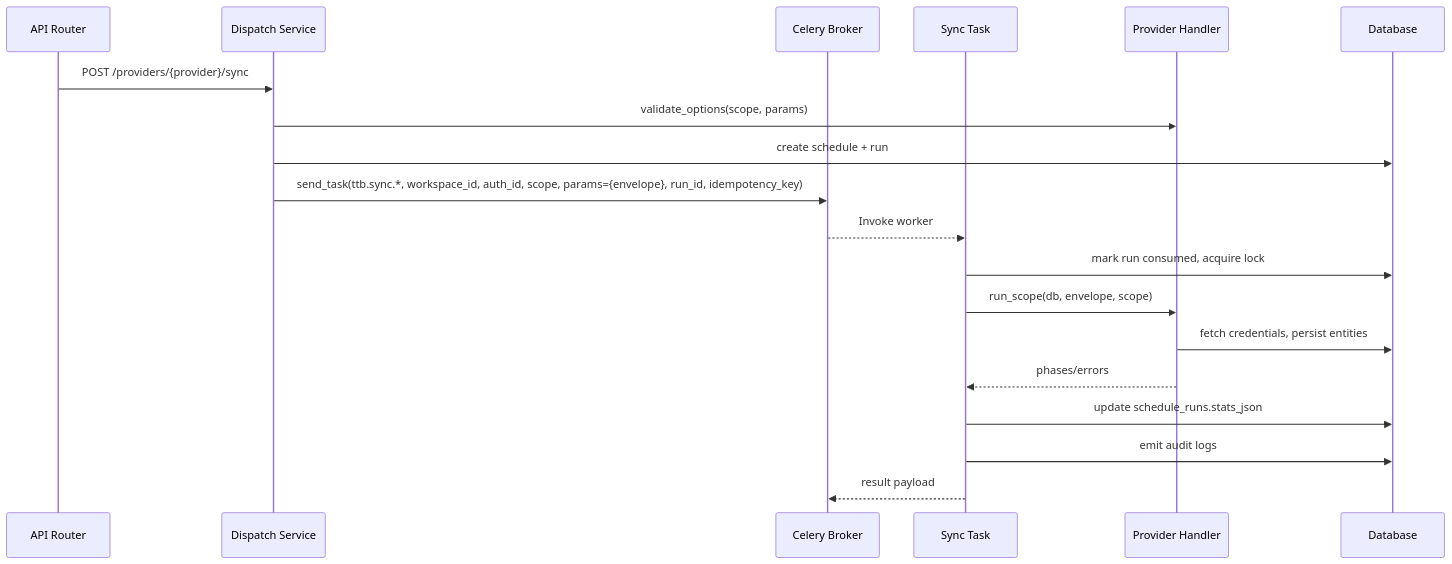
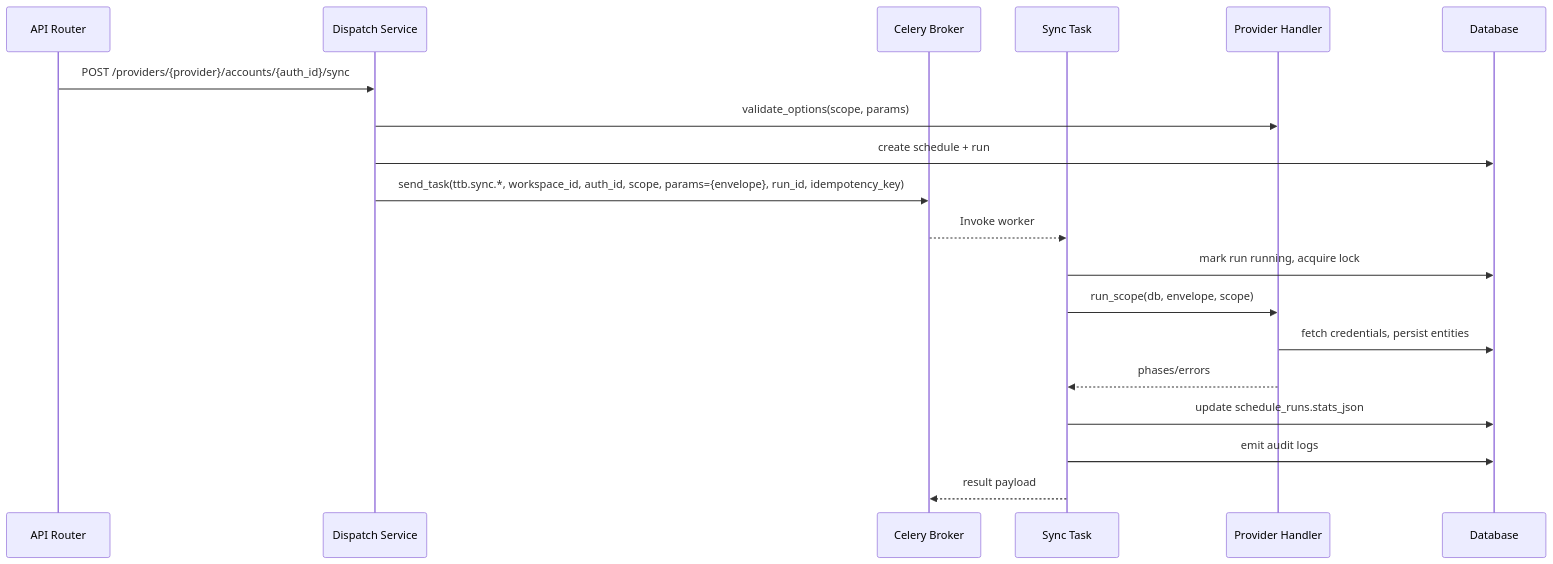
One commit to ckr2436/Tiktok-OPS changed the diagram in docs/internal/provider_registry_and_envelope_v1.md. Above: the diagram before and after it, drawn with Mermaid. The commit also changed other lines of this file and 19 other files, not shown here.

Commit message:
Ensure tenant sync runs scope to auth binding

````diff
--- a/docs/internal/provider_registry_and_envelope_v1.md
+++ b/docs/internal/provider_registry_and_envelope_v1.md
@@ -59,22 +59,22 @@
 ```mermaid
 sequenceDiagram
     participant API as API Router
     participant Dispatch as Dispatch Service
     participant Celery as Celery Broker
     participant Task as Sync Task
     participant Provider as Provider Handler
     participant DB as Database
 
-    API->>Dispatch: POST /providers/{provider}/sync
+    API->>Dispatch: POST /providers/{provider}/accounts/{auth_id}/sync
     Dispatch->>Provider: validate_options(scope, params)
     Dispatch->>DB: create schedule + run
     Dispatch->>Celery: send_task(ttb.sync.*, workspace_id, auth_id, scope, params={envelope}, run_id, idempotency_key)
     Celery-->>Task: Invoke worker
-    Task->>DB: mark run consumed, acquire lock
+    Task->>DB: mark run running, acquire lock
     Task->>Provider: run_scope(db, envelope, scope)
     Provider->>DB: fetch credentials, persist entities
     Provider-->>Task: phases/errors
     Task->>DB: update schedule_runs.stats_json
     Task->>DB: emit audit logs
     Task-->>Celery: result payload
 ```
````
